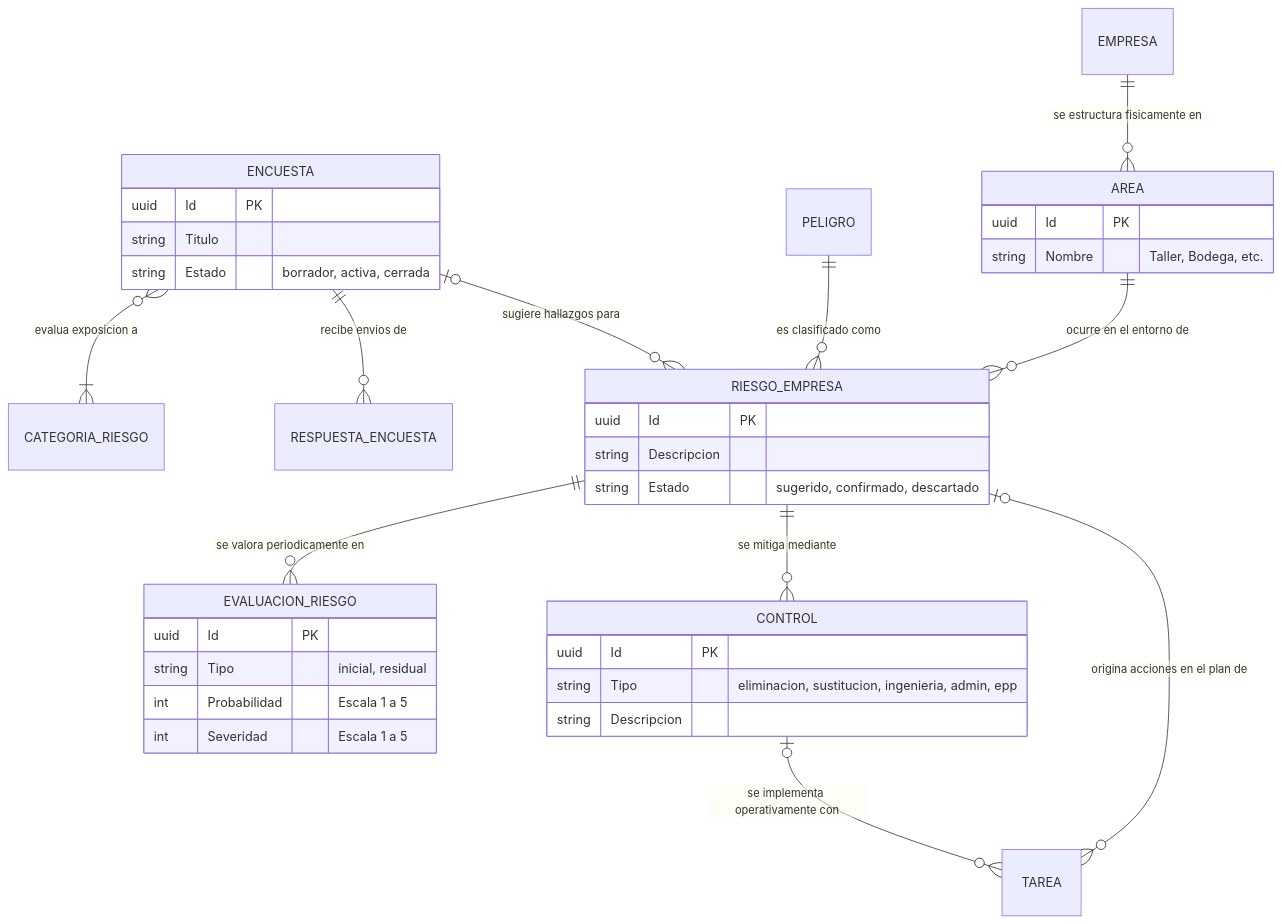
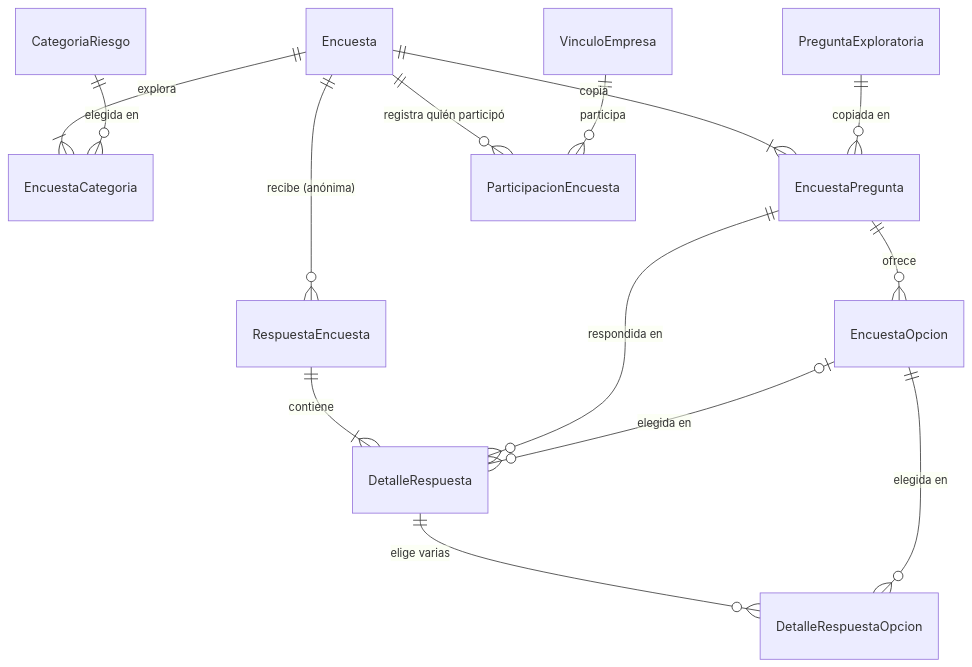
One commit to ddestephen/Sistemas-Expertos changed the second of 10 diagrams in 15-diagramas-drawio.md. Above: the diagram before and after it, drawn with Mermaid. The commit also changed other lines of this file and 15 other files, not shown here.

````diff
--- a/15-diagramas-drawio.md
+++ b/15-diagramas-drawio.md
@@ -154,39 +80,16 @@
 ```mermaid
 erDiagram
-    EMPRESA ||--o{ AREA : "se estructura fisicamente en"
-    ENCUESTA }o--|{ CATEGORIA_RIESGO : "evalua exposicion a"
-    ENCUESTA ||--o{ RESPUESTA_ENCUESTA : "recibe envios de"
-    ENCUESTA |o--o{ RIESGO_EMPRESA : "sugiere hallazgos para"
-    PELIGRO ||--o{ RIESGO_EMPRESA : "es clasificado como"
-    AREA ||--o{ RIESGO_EMPRESA : "ocurre en el entorno de"
-    RIESGO_EMPRESA ||--o{ EVALUACION_RIESGO : "se valora periodicamente en"
-    RIESGO_EMPRESA ||--o{ CONTROL : "se mitiga mediante"
-    CONTROL |o--o{ TAREA : "se implementa operativamente con"
-    RIESGO_EMPRESA |o--o{ TAREA : "origina acciones en el plan de"
-
-    AREA {
-        uuid Id PK
-        string Nombre "Taller, Bodega, etc."
-    }
-    ENCUESTA {
-        uuid Id PK
-        string Titulo
-        string Estado "borrador, activa, cerrada"
-    }
-    RIESGO_EMPRESA {
-        uuid Id PK
-        string Descripcion
-        string Estado "sugerido, confirmado, descartado"
-    }
-    EVALUACION_RIESGO {
-        uuid Id PK
-        string Tipo "inicial, residual"
-        int Probabilidad "Escala 1 a 5"
-        int Severidad "Escala 1 a 5"
-    }
-    CONTROL {
-        uuid Id PK
-        string Tipo "eliminacion, sustitucion, ingenieria, admin, epp"
-        string Descripcion
-    }
+    Encuesta ||--|{ EncuestaCategoria : "explora"
+    CategoriaRiesgo ||--o{ EncuestaCategoria : "elegida en"
+    Encuesta ||--|{ EncuestaPregunta : "copia"
+    PreguntaExploratoria ||--o{ EncuestaPregunta : "copiada en"
+    EncuestaPregunta ||--o{ EncuestaOpcion : "ofrece"
+    Encuesta ||--o{ ParticipacionEncuesta : "registra quién participó"
+    VinculoEmpresa ||--o{ ParticipacionEncuesta : "participa"
+    Encuesta ||--o{ RespuestaEncuesta : "recibe (anónima)"
+    RespuestaEncuesta ||--|{ DetalleRespuesta : "contiene"
+    EncuestaPregunta ||--o{ DetalleRespuesta : "respondida en"
+    EncuestaOpcion |o--o{ DetalleRespuesta : "elegida en"
+    DetalleRespuesta ||--o{ DetalleRespuestaOpcion : "elige varias"
+    EncuestaOpcion ||--o{ DetalleRespuestaOpcion : "elegida en"
 ```
````
